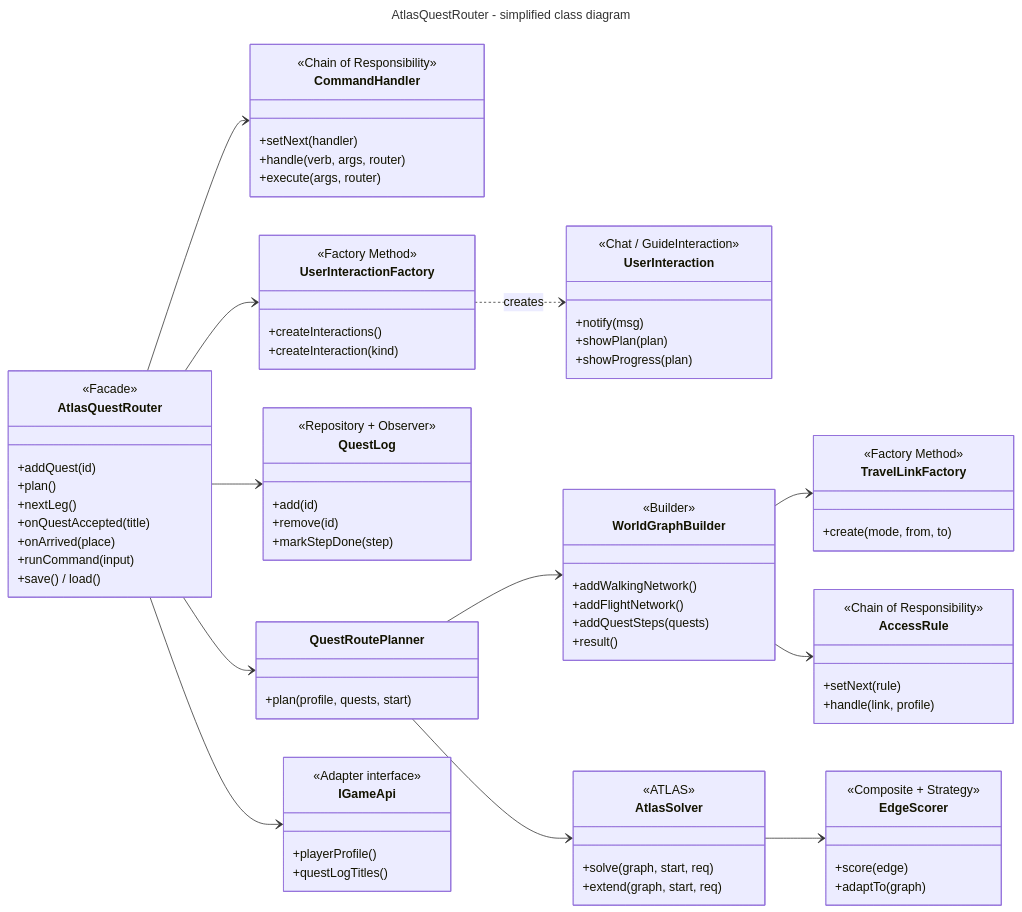
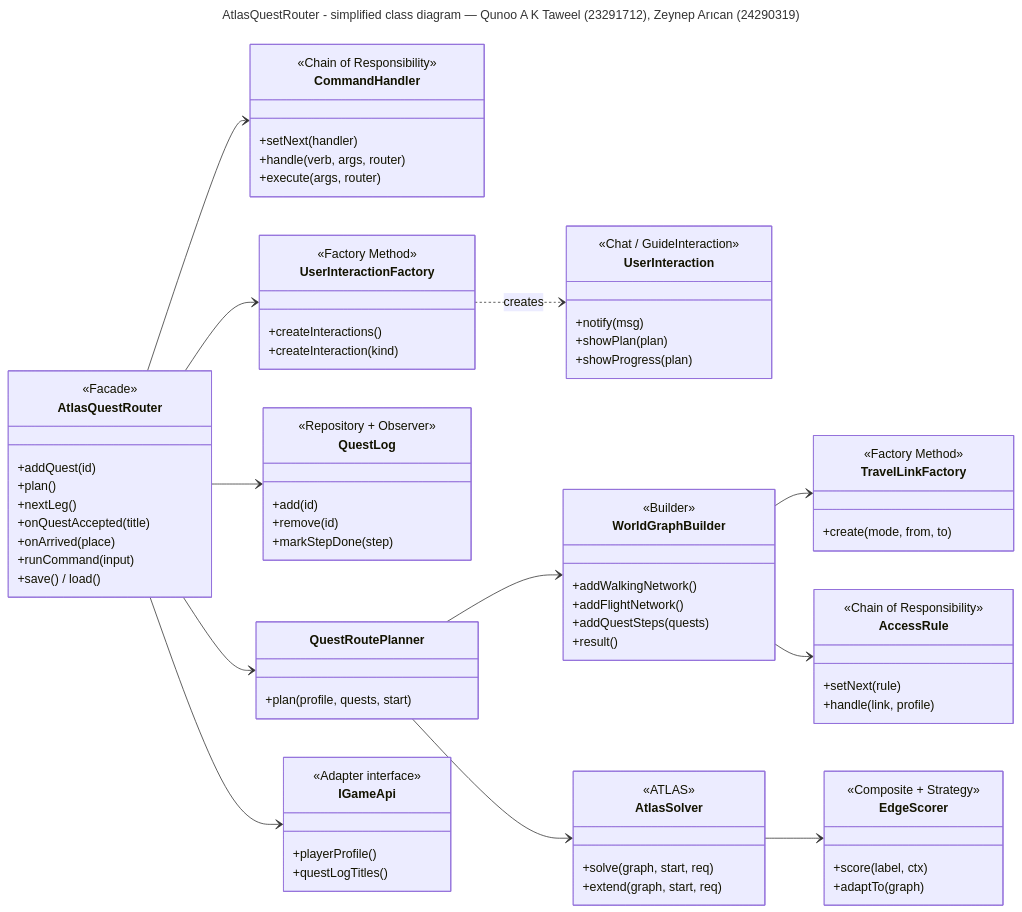
The diagram in docs/diagrams/class-diagram-simplified.mmd (Qanoo-Taweel/wow-atlas-quest-router), drawn with Mermaid before and after one commit. The commit also changed 18 other files, not shown here.

First line of the commit message:
UML: sync full class diagram with code, print-ready PDF, authors

```diff
--- a/docs/diagrams/class-diagram-simplified.mmd
+++ b/docs/diagrams/class-diagram-simplified.mmd
@@ -1,83 +1,83 @@
 ---
-title: AtlasQuestRouter - simplified class diagram
+title: AtlasQuestRouter - simplified class diagram — Qunoo A K Taweel (23291712), Zeynep Arıcan (24290319)
 ---
 classDiagram
 direction LR
 class AtlasQuestRouter {
   <<Facade>>
   +addQuest(id)
   +plan()
   +nextLeg()
   +onQuestAccepted(title)
   +onArrived(place)
   +runCommand(input)
   +save() / load()
 }
 class CommandHandler {
   <<Chain of Responsibility>>
   +setNext(handler)
   +handle(verb, args, router)
   +execute(args, router)
 }
 class UserInteractionFactory {
   <<Factory Method>>
   +createInteractions()
   +createInteraction(kind)
 }
 class UserInteraction {
   <<Chat / GuideInteraction>>
   +notify(msg)
   +showPlan(plan)
   +showProgress(plan)
 }
 class QuestLog {
   <<Repository + Observer>>
   +add(id)
   +remove(id)
   +markStepDone(step)
 }
 class QuestRoutePlanner {
   +plan(profile, quests, start)
 }
 class WorldGraphBuilder {
   <<Builder>>
   +addWalkingNetwork()
   +addFlightNetwork()
   +addQuestSteps(quests)
   +result()
 }
 class TravelLinkFactory {
   <<Factory Method>>
   +create(mode, from, to)
 }
 class AccessRule {
   <<Chain of Responsibility>>
   +setNext(rule)
   +handle(link, profile)
 }
 class AtlasSolver {
   <<ATLAS>>
   +solve(graph, start, req)
   +extend(graph, start, req)
 }
 class EdgeScorer {
   <<Composite + Strategy>>
-  +score(edge)
+  +score(label, ctx)
   +adaptTo(graph)
 }
 class IGameApi {
   <<Adapter interface>>
   +playerProfile()
   +questLogTitles()
 }
 AtlasQuestRouter --> CommandHandler
 AtlasQuestRouter --> UserInteractionFactory
 UserInteractionFactory ..> UserInteraction : creates
 AtlasQuestRouter --> QuestLog
 AtlasQuestRouter --> QuestRoutePlanner
 AtlasQuestRouter --> IGameApi
 QuestRoutePlanner --> WorldGraphBuilder
 QuestRoutePlanner --> AtlasSolver
 WorldGraphBuilder --> TravelLinkFactory
 WorldGraphBuilder --> AccessRule
 AtlasSolver --> EdgeScorer
```
